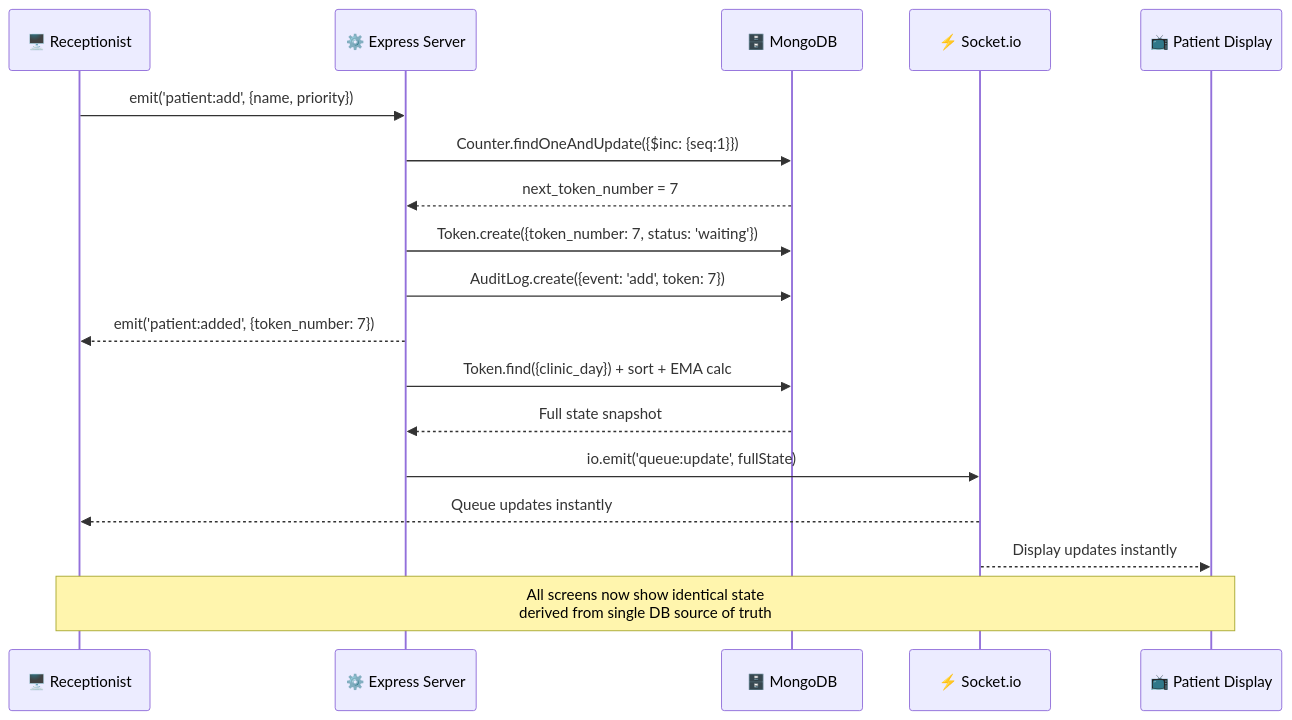
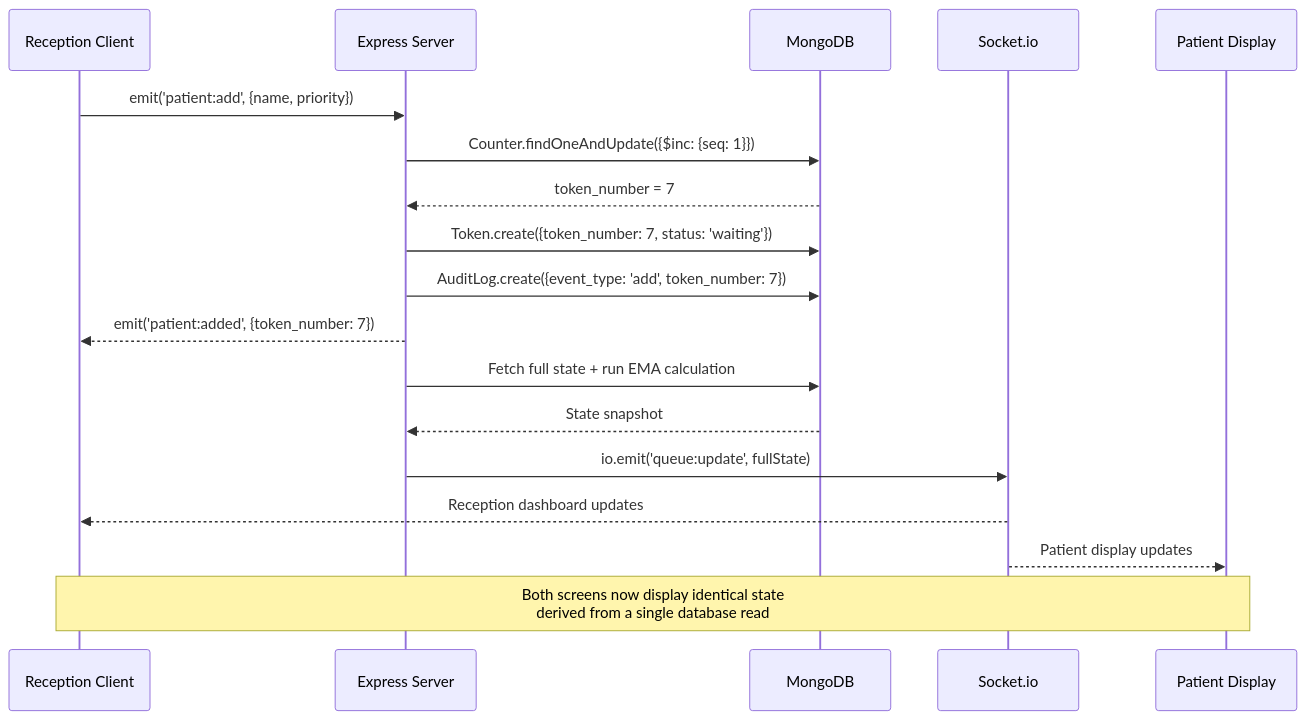
The second of 2 diagrams in README.md (srivallikatyayani/QueueDoc), drawn with Mermaid before and after one commit. The commit also changed other lines of this file, not shown here.

````diff
--- a/README.md
+++ b/README.md
@@ -273,22 +247,22 @@
 ```mermaid
 sequenceDiagram
-    participant RC as 🖥️ Receptionist
-    participant SRV as ⚙️ Express Server
-    participant DB as 🗄️ MongoDB
-    participant IO as ⚡ Socket.io
-    participant PD as 📺 Patient Display
+    participant RC as Reception Client
+    participant SRV as Express Server
+    participant DB as MongoDB
+    participant IO as Socket.io
+    participant PD as Patient Display
 
     RC->>SRV: emit('patient:add', {name, priority})
-    SRV->>DB: Counter.findOneAndUpdate({$inc: {seq:1}})
-    DB-->>SRV: next_token_number = 7
+    SRV->>DB: Counter.findOneAndUpdate({$inc: {seq: 1}})
+    DB-->>SRV: token_number = 7
     SRV->>DB: Token.create({token_number: 7, status: 'waiting'})
-    SRV->>DB: AuditLog.create({event: 'add', token: 7})
+    SRV->>DB: AuditLog.create({event_type: 'add', token_number: 7})
     SRV-->>RC: emit('patient:added', {token_number: 7})
-    SRV->>DB: Token.find({clinic_day}) + sort + EMA calc
-    DB-->>SRV: Full state snapshot
+    SRV->>DB: Fetch full state + run EMA calculation
+    DB-->>SRV: State snapshot
     SRV->>IO: io.emit('queue:update', fullState)
-    IO-->>RC: Queue updates instantly
-    IO-->>PD: Display updates instantly
+    IO-->>RC: Reception dashboard updates
+    IO-->>PD: Patient display updates
 
-    Note over RC,PD: All screens now show identical state<br/>derived from single DB source of truth
+    Note over RC,PD: Both screens now display identical state<br/>derived from a single database read
 ```
````
